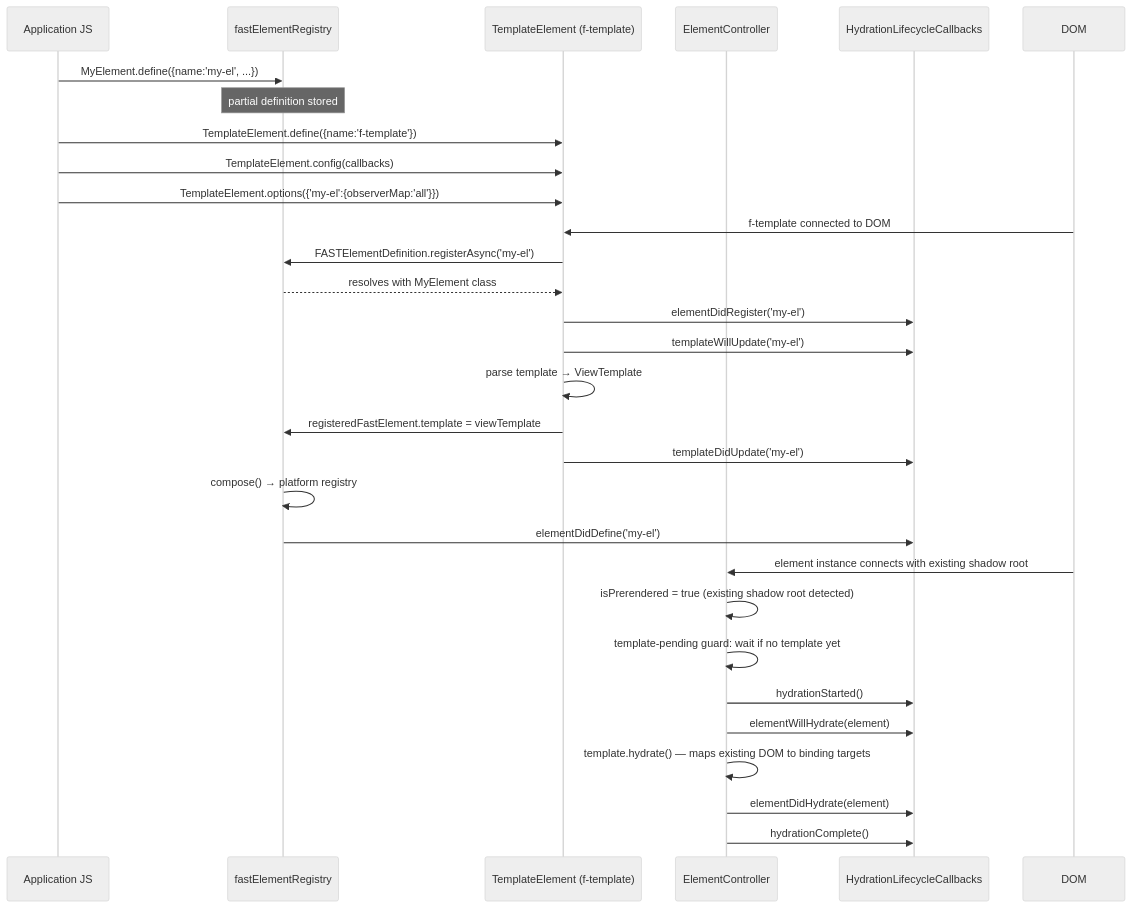
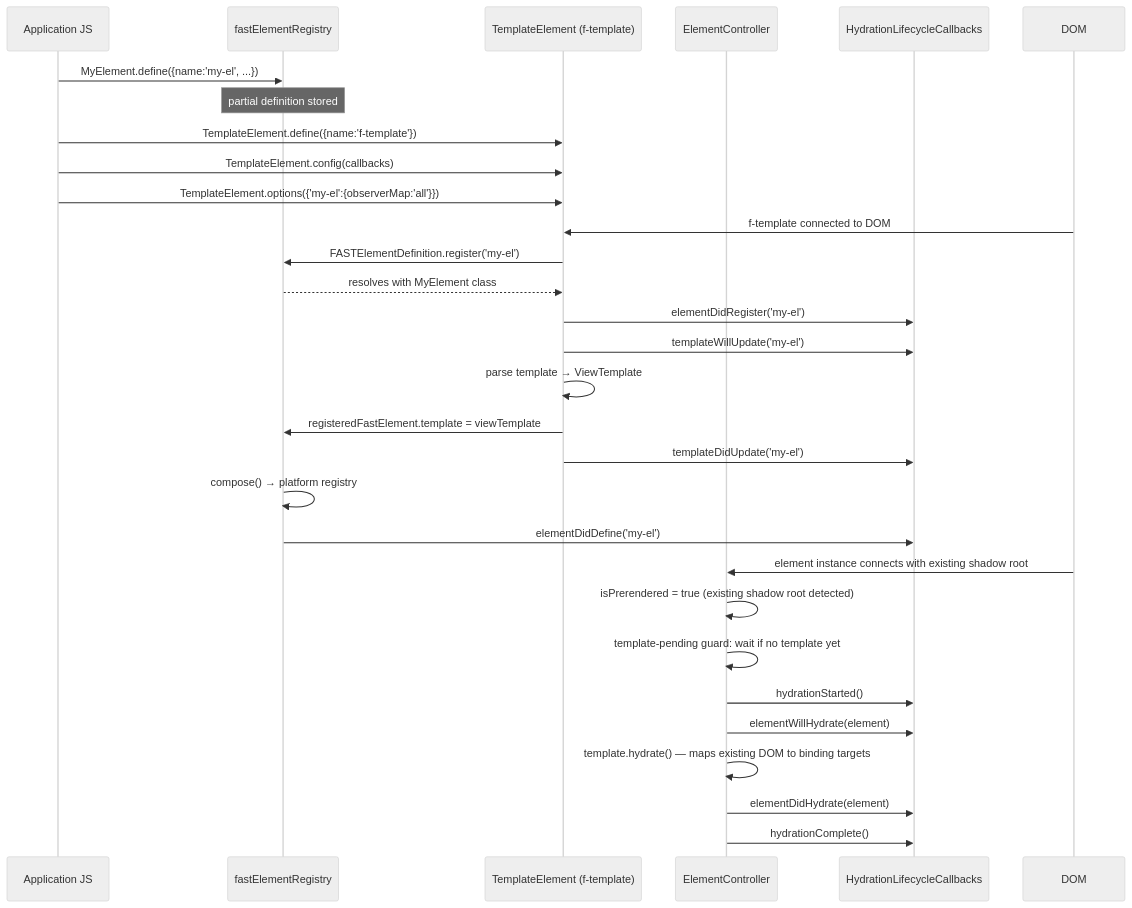
One commit to microsoft/fast changed the fourth of 4 diagrams in packages/fast-html/DESIGN.md. Above: the diagram before and after it, drawn with Mermaid (neutral theme). The commit also changed other lines of this file and 7 other files, not shown here.

First line of the commit message:
feat: rename registerAsync to register

````diff
--- a/packages/fast-html/DESIGN.md
+++ b/packages/fast-html/DESIGN.md
@@ -370,35 +370,35 @@
 ```mermaid
 sequenceDiagram
     participant App as Application JS
     participant FER as fastElementRegistry
     participant TE as TemplateElement (f-template)
     participant EC as ElementController
     participant Callbacks as HydrationLifecycleCallbacks
 
     App->>FER: MyElement.define({name:'my-el', ...})
     note over FER: partial definition stored
 
     App->>TE: TemplateElement.define({name:'f-template'})
     App->>TE: TemplateElement.config(callbacks)
     App->>TE: TemplateElement.options({'my-el':{observerMap:'all'}})
 
     DOM->>TE: f-template connected to DOM
-    TE->>FER: FASTElementDefinition.registerAsync('my-el')
+    TE->>FER: FASTElementDefinition.register('my-el')
     FER-->>TE: resolves with MyElement class
     TE->>Callbacks: elementDidRegister('my-el')
     TE->>Callbacks: templateWillUpdate('my-el')
     TE->>TE: parse template → ViewTemplate
     TE->>FER: registeredFastElement.template = viewTemplate
     TE->>Callbacks: templateDidUpdate('my-el')
     FER->>FER: compose() → platform registry
     FER->>Callbacks: elementDidDefine('my-el')
 
     DOM->>EC: element instance connects with existing shadow root
     EC->>EC: isPrerendered = true (existing shadow root detected)
     EC->>EC: template-pending guard: wait if no template yet
     EC->>Callbacks: hydrationStarted()
     EC->>Callbacks: elementWillHydrate(element)
     EC->>EC: template.hydrate() — maps existing DOM to binding targets
     EC->>Callbacks: elementDidHydrate(element)
     EC->>Callbacks: hydrationComplete()
 ```
````
